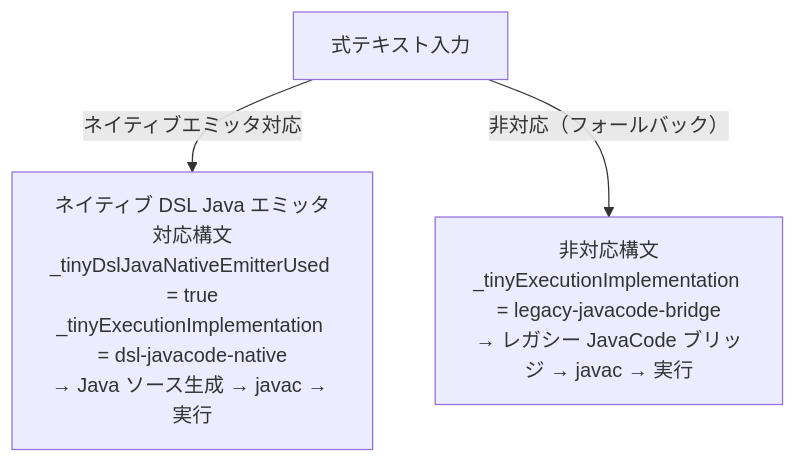
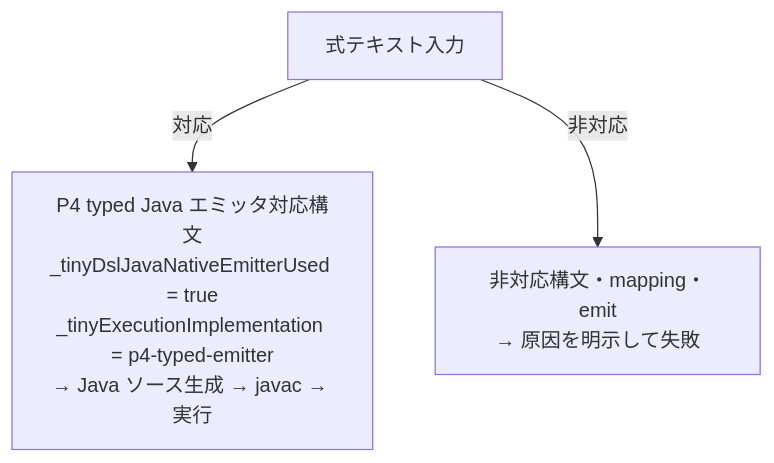
One commit to opaopa6969/tinyexpression changed the fifth of 10 diagrams in spec/SPEC.md. Above: the diagram before and after it, drawn with Mermaid. The commit also changed other lines of this file and 21 other files, not shown here.

````diff
--- a/spec/SPEC.md
+++ b/spec/SPEC.md
@@ -787,9 +779,9 @@
 ```mermaid
 flowchart TD
     IN["式テキスト入力"]
-    NATIVE["ネイティブ DSL Java エミッタ対応構文<br/>_tinyDslJavaNativeEmitterUsed = true<br/>_tinyExecutionImplementation = dsl-javacode-native<br/>→ Java ソース生成 → javac → 実行"]
-    LEGACY["非対応構文<br/>_tinyExecutionImplementation = legacy-javacode-bridge<br/>→ レガシー JavaCode ブリッジ → javac → 実行"]
+    NATIVE["P4 typed Java エミッタ対応構文<br/>_tinyDslJavaNativeEmitterUsed = true<br/>_tinyExecutionImplementation = p4-typed-emitter<br/>→ Java ソース生成 → javac → 実行"]
+    ERROR["非対応構文・mapping・emit<br/>→ 原因を明示して失敗"]
 
-    IN -->|"ネイティブエミッタ対応"| NATIVE
-    IN -->|"非対応（フォールバック）"| LEGACY
+    IN -->|"対応"| NATIVE
+    IN -->|"非対応"| ERROR
 ```
````
